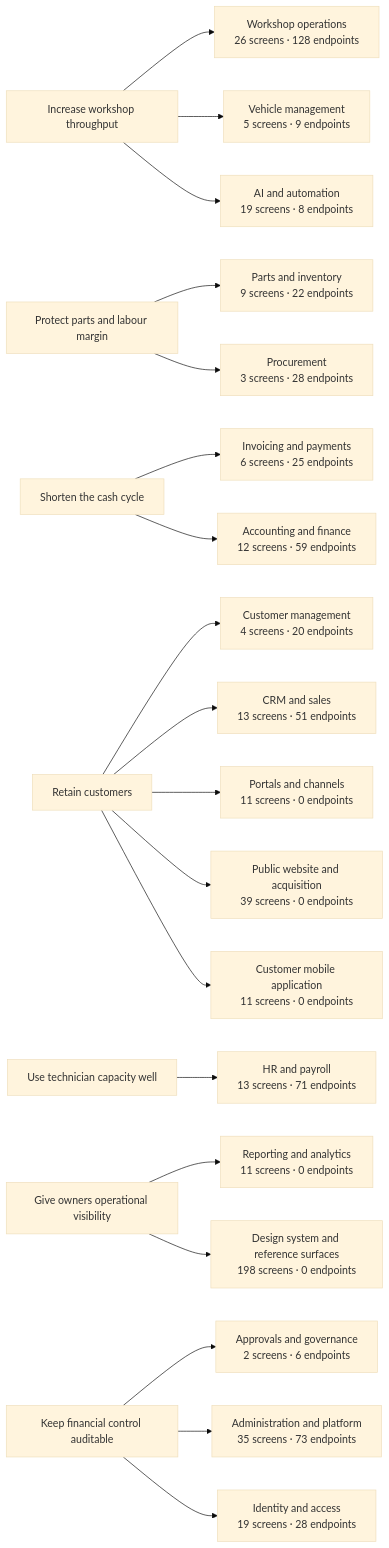
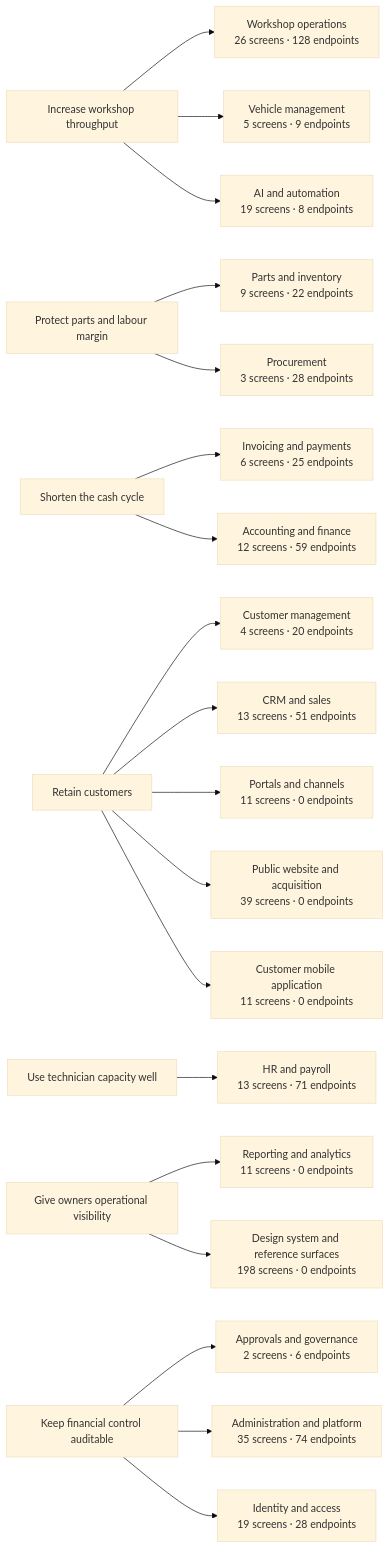
The diagram in docs/07_BUSINESS_ANALYSIS/BUSINESS_CAPABILITY_MAP.md (tazamohd/SlClNe), drawn with Mermaid (base theme) before and after one commit. The commit also changed other lines of this file and 45 other files, not shown here.

````diff
--- a/docs/07_BUSINESS_ANALYSIS/BUSINESS_CAPABILITY_MAP.md
+++ b/docs/07_BUSINESS_ANALYSIS/BUSINESS_CAPABILITY_MAP.md
@@ -22,46 +22,46 @@
 ```mermaid
 flowchart LR
   OBJ_THROUGHPUT["Increase workshop throughput"]
   OBJ_MARGIN["Protect parts and labour margin"]
   OBJ_CASH["Shorten the cash cycle"]
   OBJ_RETENTION["Retain customers"]
   OBJ_CAPACITY["Use technician capacity well"]
   OBJ_VISIBILITY["Give owners operational visibility"]
   OBJ_CONTROL["Keep financial control auditable"]
   CAP_WORKSHOP["Workshop operations<br/>26 screens · 128 endpoints"]
   OBJ_THROUGHPUT --> CAP_WORKSHOP
   CAP_CUSTOMERS["Customer management<br/>4 screens · 20 endpoints"]
   OBJ_RETENTION --> CAP_CUSTOMERS
   CAP_VEHICLES["Vehicle management<br/>5 screens · 9 endpoints"]
   OBJ_THROUGHPUT --> CAP_VEHICLES
   CAP_INVENTORY["Parts and inventory<br/>9 screens · 22 endpoints"]
   OBJ_MARGIN --> CAP_INVENTORY
   CAP_PROCUREMENT["Procurement<br/>3 screens · 28 endpoints"]
   OBJ_MARGIN --> CAP_PROCUREMENT
   CAP_BILLING["Invoicing and payments<br/>6 screens · 25 endpoints"]
   OBJ_CASH --> CAP_BILLING
   CAP_ACCOUNTING["Accounting and finance<br/>12 screens · 59 endpoints"]
   OBJ_CASH --> CAP_ACCOUNTING
   CAP_HR["HR and payroll<br/>13 screens · 71 endpoints"]
   OBJ_CAPACITY --> CAP_HR
   CAP_CRM["CRM and sales<br/>13 screens · 51 endpoints"]
   OBJ_RETENTION --> CAP_CRM
   CAP_REPORTING["Reporting and analytics<br/>11 screens · 0 endpoints"]
   OBJ_VISIBILITY --> CAP_REPORTING
   CAP_GOVERNANCE["Approvals and governance<br/>2 screens · 6 endpoints"]
   OBJ_CONTROL --> CAP_GOVERNANCE
   CAP_PORTALS["Portals and channels<br/>11 screens · 0 endpoints"]
   OBJ_RETENTION --> CAP_PORTALS
   CAP_AI["AI and automation<br/>19 screens · 8 endpoints"]
   OBJ_THROUGHPUT --> CAP_AI
-  CAP_PLATFORM["Administration and platform<br/>35 screens · 73 endpoints"]
+  CAP_PLATFORM["Administration and platform<br/>35 screens · 74 endpoints"]
   OBJ_CONTROL --> CAP_PLATFORM
   CAP_IDENTITY["Identity and access<br/>19 screens · 28 endpoints"]
   OBJ_CONTROL --> CAP_IDENTITY
   CAP_WEBSITE["Public website and acquisition<br/>39 screens · 0 endpoints"]
   OBJ_RETENTION --> CAP_WEBSITE
   CAP_CUSTOMERAPP["Customer mobile application<br/>11 screens · 0 endpoints"]
   OBJ_RETENTION --> CAP_CUSTOMERAPP
   CAP_DESIGNSYSTEM["Design system and reference surfaces<br/>198 screens · 0 endpoints"]
   OBJ_VISIBILITY --> CAP_DESIGNSYSTEM
 ```
````
